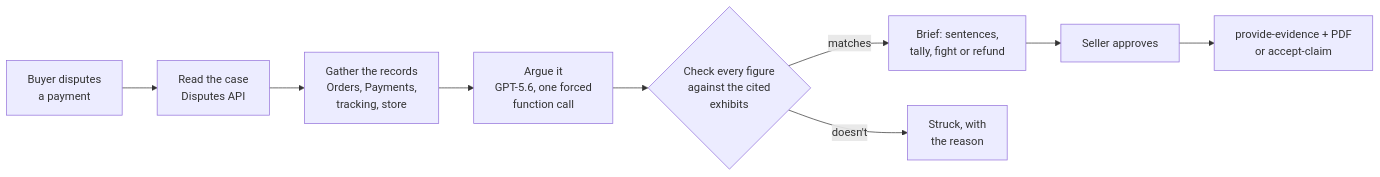
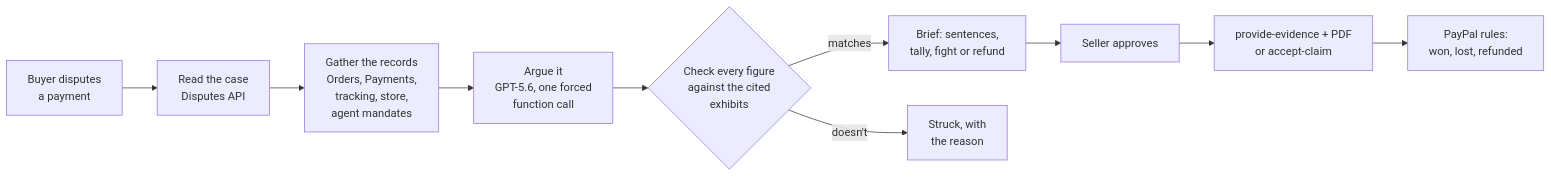
The diagram in README.md (RohanGlitched/exhibit), drawn with Mermaid before and after one commit. The commit also changed other lines of this file and 1 other file, not shown here.

Commit message:
README and .env.example: the live sandbox chargeback first, the measured eval, PayPal as the source of truth, agent purchases, MCP, AG Studio, GCS storage, 32 tests

````diff
--- a/README.md
+++ b/README.md
@@ -46,11 +64,12 @@
 ```mermaid
 flowchart LR
   A[Buyer disputes<br/>a payment] --> B[Read the case<br/>Disputes API]
-  B --> C[Gather the records<br/>Orders, Payments,<br/>tracking, store]
+  B --> C[Gather the records<br/>Orders, Payments,<br/>tracking, store,<br/>agent mandates]
   C --> D[Argue it<br/>GPT-5.6, one forced<br/>function call]
   D --> E{Check every figure<br/>against the cited<br/>exhibits}
   E -->|matches| F[Brief: sentences,<br/>tally, fight or refund]
   E -->|doesn't| G[Struck, with<br/>the reason]
   F --> H[Seller approves]
   H --> I[provide-evidence + PDF<br/>or accept-claim]
+  I --> J[PayPal rules:<br/>won, lost, refunded]
 ```
````
